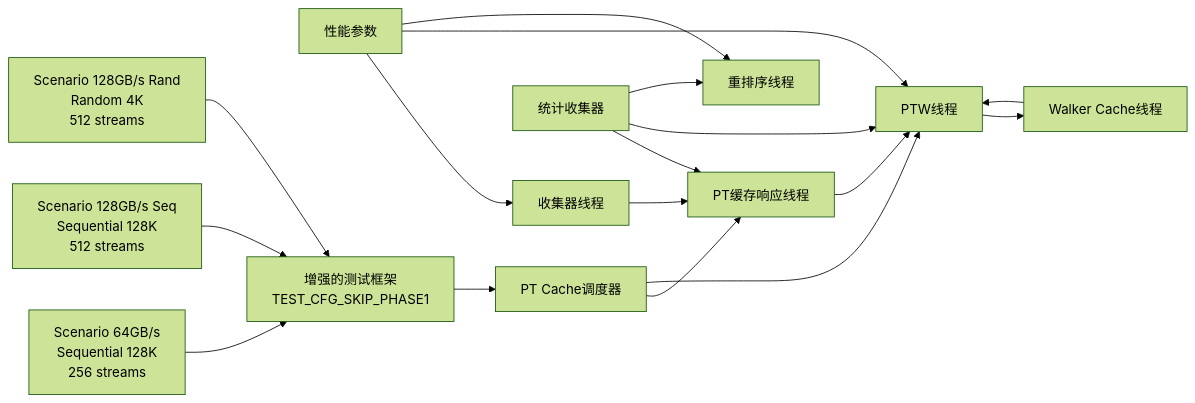
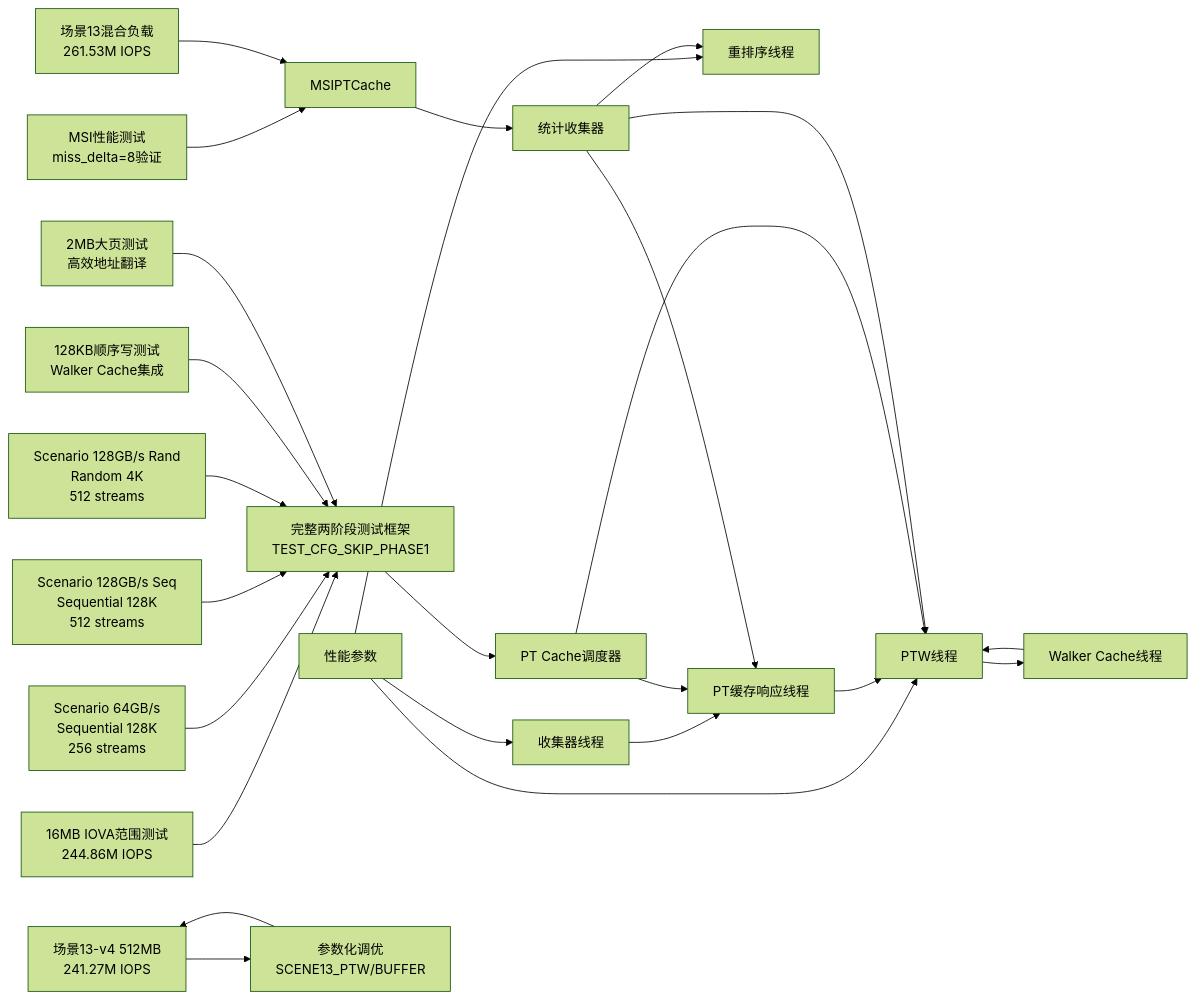
One commit to jiangjiang1122/iommu_model_20260401_v1 changed diagram 20 of 20 in .qoder/repowiki/zh/content/测试与验证/性能测试/性能测试.md. Above: the diagram before and after it, drawn with Mermaid (forest theme). The commit also changed other lines of this file and 159 other files, not shown here.

Commit message:
chore: 更新知识库文档 + 新增PTW并发分析图表与数据文件

````diff
--- a/.qoder/repowiki/zh/content/测试与验证/性能测试/性能测试.md
+++ b/.qoder/repowiki/zh/content/测试与验证/性能测试/性能测试.md
@@ -821,19 +1208,27 @@
 ```mermaid
 graph LR
 Params["性能参数"] --> Collector["收集器线程"]
 Params --> PTW["PTW线程"]
 Params --> Reorder["重排序线程"]
 Collector --> PTResponse["PT缓存响应线程"]
 PTResponse --> PTW
 PTW --> WalkerCache["Walker Cache线程"]
 WalkerCache --> PTW
 Scheduler["PT Cache调度器"] --> PTResponse
 Scheduler --> PTW
 Stats["统计收集器"] --> PTResponse
 Stats --> PTW
 Stats --> Reorder
-TestFramework["增强的测试框架<br/>TEST_CFG_SKIP_PHASE1"] --> Scheduler
+TestFramework["完整两阶段测试框架<br/>TEST_CFG_SKIP_PHASE1"] --> Scheduler
+Scenario16MB["16MB IOVA范围测试<br/>244.86M IOPS"] --> TestFramework
 Scenario64["Scenario 64GB/s<br/>Sequential 128K<br/>256 streams"] --> TestFramework
 Scenario128Seq["Scenario 128GB/s Seq<br/>Sequential 128K<br/>512 streams"] --> TestFramework
 Scenario128Rand["Scenario 128GB/s Rand<br/>Random 4K<br/>512 streams"] --> TestFramework
+WriteTest["128KB顺序写测试<br/>Walker Cache集成"] --> TestFramework
+HugePageTest["2MB大页测试<br/>高效地址翻译"] --> TestFramework
+MSITest["MSI性能测试<br/>miss_delta=8验证"] --> MSIPTCache
+Scene13["场景13混合负载<br/>261.53M IOPS"] --> MSIPTCache
+Scene13v4["场景13-v4 512MB<br/>241.27M IOPS"] --> ParameterizedTuning
+ParameterizedTuning["参数化调优<br/>SCENE13_PTW/BUFFER"] --> Scene13v4
+MSIPTCache --> Stats
 ```
````
